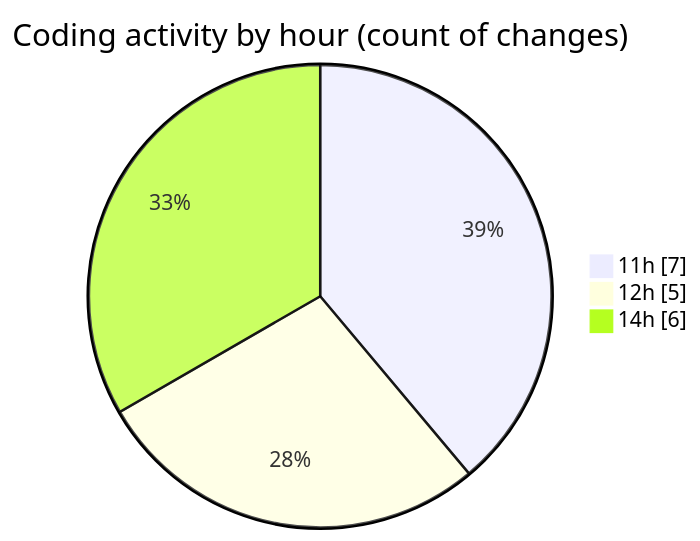
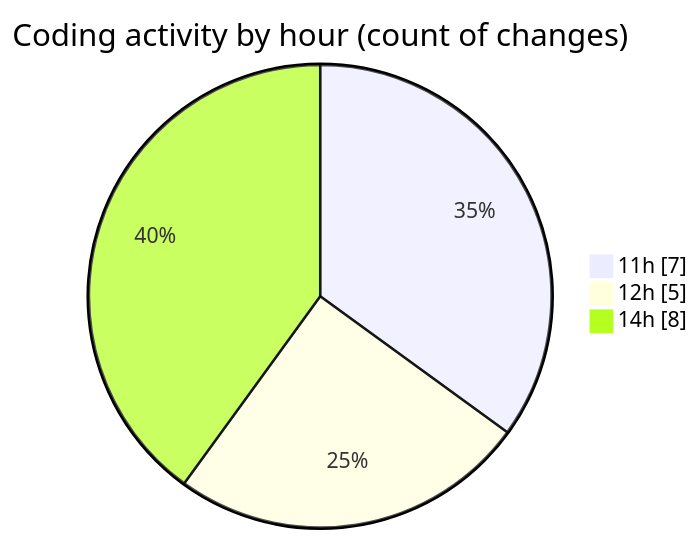
The second of 2 diagrams in 2025-10-22/untitled__workspace_/README.md (debugP/code-tracking), drawn with Mermaid before and after one commit. The commit also changed other lines of this file and 1 other file, not shown here.

````diff
--- a/2025-10-22/untitled__workspace_/README.md
+++ b/2025-10-22/untitled__workspace_/README.md
@@ -28,7 +28,7 @@
 ```mermaid
 pie showData
 title Coding activity by hour (count of changes)
 "11h" : 7
 "12h" : 5
-"14h" : 6
+"14h" : 8
 ```
````
